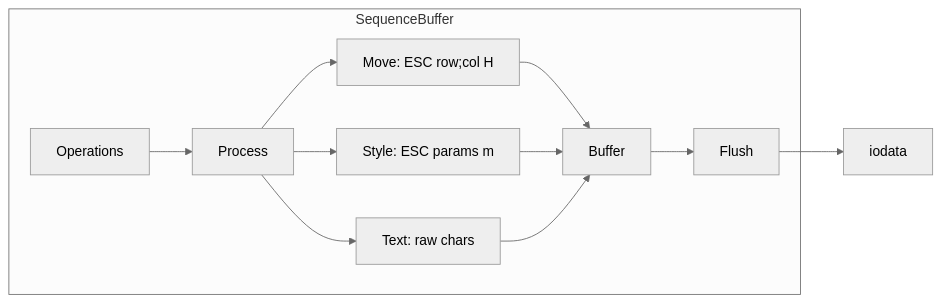
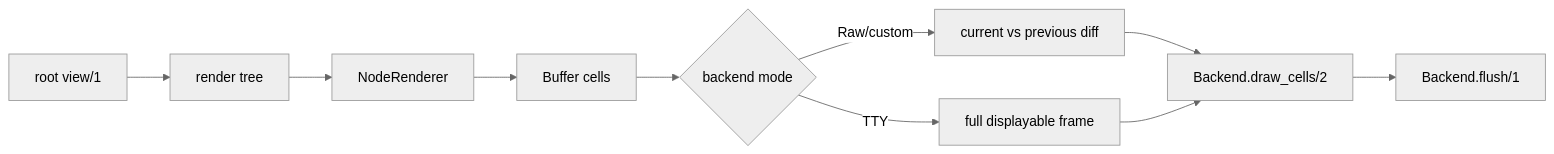
One commit to pcharbon70/term_ui changed the diagram in guides/developer/03-rendering-pipeline.md. Above: the diagram before and after it, drawn with Mermaid (neutral theme). The commit also changed other lines of this file and 178 other files, not shown here.

````diff
--- a/guides/developer/03-rendering-pipeline.md
+++ b/guides/developer/03-rendering-pipeline.md
@@ -251,15 +6,12 @@
 ```mermaid
-graph LR
-    subgraph "SequenceBuffer"
-        OPS[Operations] --> P[Process]
-        P --> M[Move: ESC row;col H]
-        P --> S[Style: ESC params m]
-        P --> T[Text: raw chars]
-        M --> B[Buffer]
-        S --> B
-        T --> B
-        B --> F[Flush]
-    end
-
-    F --> IO[iodata]
+flowchart LR
+  V[root view/1] --> T[render tree]
+  T --> N[NodeRenderer]
+  N --> C[Buffer cells]
+  C --> R{backend mode}
+  R -->|Raw/custom| D[current vs previous diff]
+  R -->|TTY| F[full displayable frame]
+  D --> B[Backend.draw_cells/2]
+  F --> B
+  B --> O[Backend.flush/1]
 ```
````
